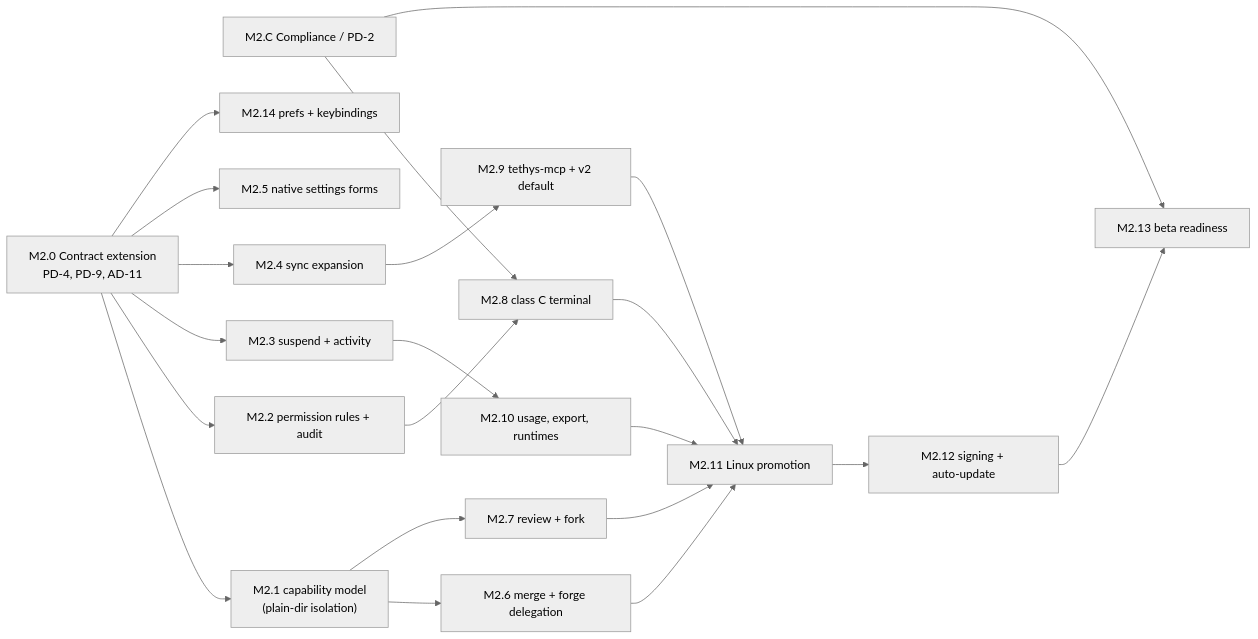
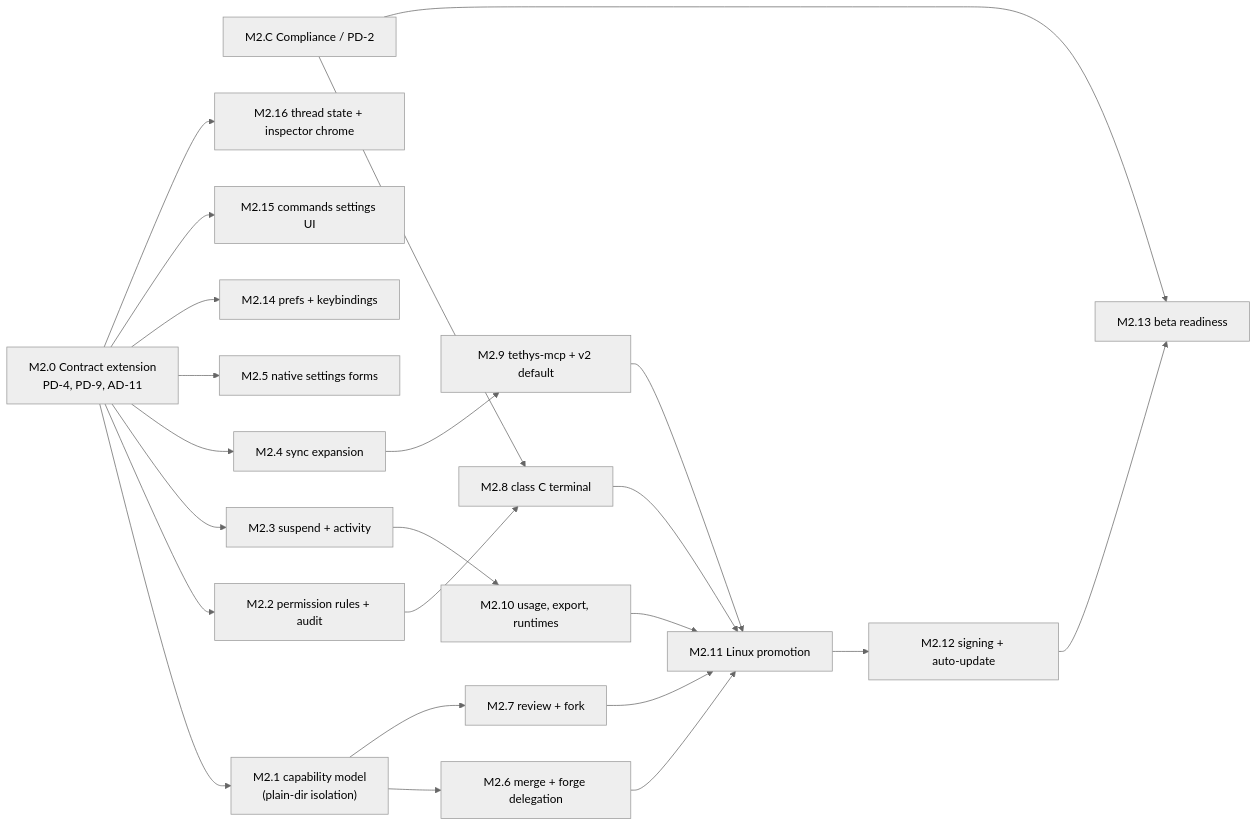
The second of 2 diagrams in docs/milestone.md (Noentic/tethys), drawn with Mermaid (neutral theme) before and after one commit. The commit also changed other lines of this file and 63 other files, not shown here.

````diff
--- a/docs/milestone.md
+++ b/docs/milestone.md
@@ -299,25 +309,27 @@
 ```mermaid
 flowchart LR
     C["M2.C Compliance / PD‑2"]
     M0["M2.0 Contract extension<br/>PD‑4, PD‑9, AD‑11"]
     M0 --> M1["M2.1 capability model<br/>(plain‑dir isolation)"]
     M0 --> M2["M2.2 permission rules + audit"]
     M0 --> M3["M2.3 suspend + activity"]
     M0 --> M4["M2.4 sync expansion"]
     M0 --> M5["M2.5 native settings forms"]
     M0 --> M14["M2.14 prefs + keybindings"]
+    M0 --> M15["M2.15 commands settings UI"]
+    M0 --> M16["M2.16 thread state + inspector chrome"]
     M1 --> M6["M2.6 merge + forge delegation"]
     M1 --> M7["M2.7 review + fork"]
     C --> M8["M2.8 class C terminal"]
     M2 --> M8
     M4 --> M9["M2.9 tethys-mcp + v2 default"]
     M3 --> M10["M2.10 usage, export, runtimes"]
     M6 --> M11["M2.11 Linux promotion"]
     M7 --> M11
     M8 --> M11
     M9 --> M11
     M10 --> M11
     M11 --> M12["M2.12 signing + auto‑update"]
     M12 --> M13["M2.13 beta readiness"]
     C --> M13
 ```
````
